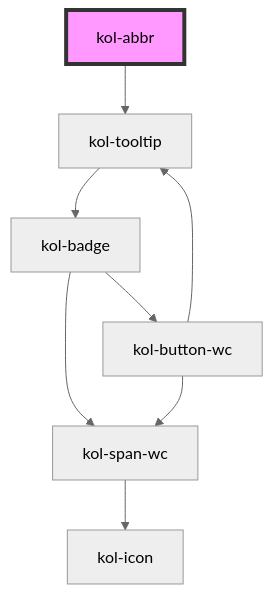
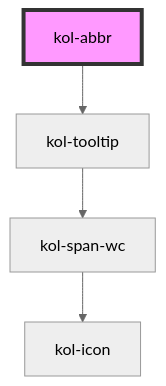
One commit to public-ui/kolibri changed the diagram in packages/components/src/components/abbr/readme.md. Above: the diagram before and after it, drawn with Mermaid (neutral theme). The commit also changed 62 other files, not shown here.

````diff
--- a/packages/components/src/components/abbr/readme.md
+++ b/packages/components/src/components/abbr/readme.md
@@ -64,11 +64,7 @@
 ```mermaid
 graph TD;
   kol-abbr --> kol-tooltip
-  kol-tooltip --> kol-badge
-  kol-badge --> kol-span-wc
-  kol-badge --> kol-button-wc
+  kol-tooltip --> kol-span-wc
   kol-span-wc --> kol-icon
-  kol-button-wc --> kol-span-wc
-  kol-button-wc --> kol-tooltip
   style kol-abbr fill:#f9f,stroke:#333,stroke-width:4px
 ```
````
